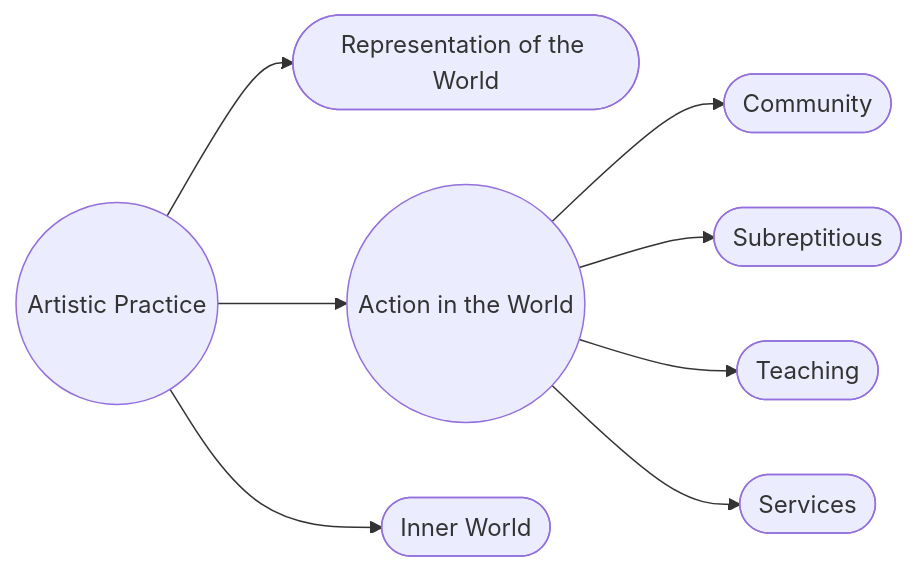
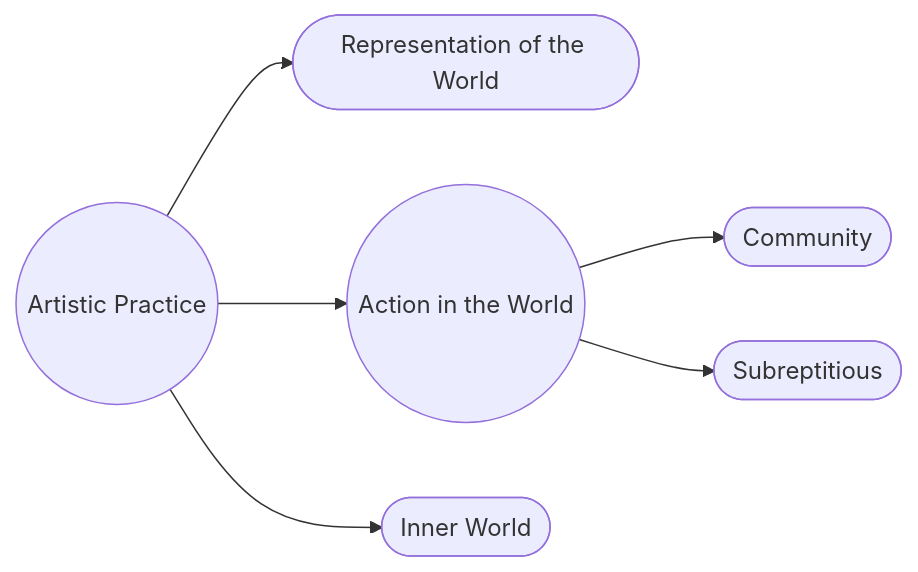
One commit to EGGS-Artesvisuales/EGGS-Artesvisuales.github.io changed the diagram in EN/action.md. Above: the diagram before and after it, drawn with Mermaid.

Commit message:
Remove teaching and services from English action diagram

```diff
--- a/EN/action.md
+++ b/EN/action.md
@@ -15,21 +15,17 @@
 <div class="mermaid">
 flowchart LR
   A((Artistic Practice)) --> B([Representation of the World])
   A --> C((Action in the World))
   A --> D([Inner World])
 
   C --> C1([Community])
   C --> C2([Subreptitious])
-  C --> C3([Teaching])
-  C --> C4([Services])
 
   click A "/EN/index.html" "Go to Artistic Practice"
   click B "/EN/world-representation.html" "Go to Representation of the World"
   click C "/EN/action.html" "Go to Action in the World"
   click D "/EN/inner-world.html" "Go to Inner World"
 
   click C1 "/EN/community.html" "Go to Community"
   click C2 "/EN/subreptitious.html" "Go to Subreptitious"
-  click C3 "/EN/teaching.html" "Go to Teaching"
-  click C4 "/EN/services.html" "Go to Services"
 </div>
```
